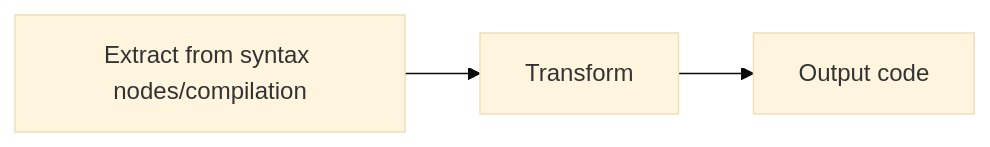
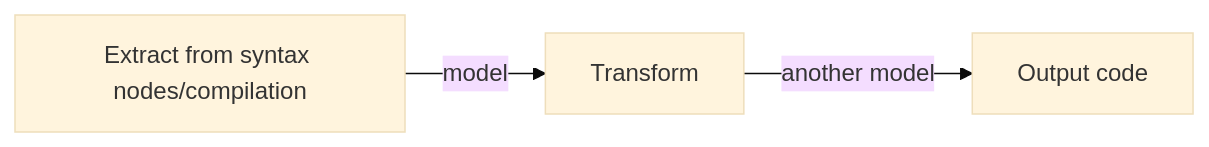
The seventh of 7 diagrams in docs/overview.md (KathleenDollard/incremental-samples), drawn with Mermaid (base theme) before and after one commit. The commit also changed other lines of this file and 15 other files, not shown here.

````diff
--- a/docs/overview.md
+++ b/docs/overview.md
@@ -118,4 +126,4 @@
 ```mermaid
 flowchart LR
-    Extract[Extract from syntax nodes/compilation]-->Transform-->Generate[Output code]
+    Extract[Extract from syntax nodes/compilation]-->|model|Transform-->|another model|Generate[Output code]
 ```
````
